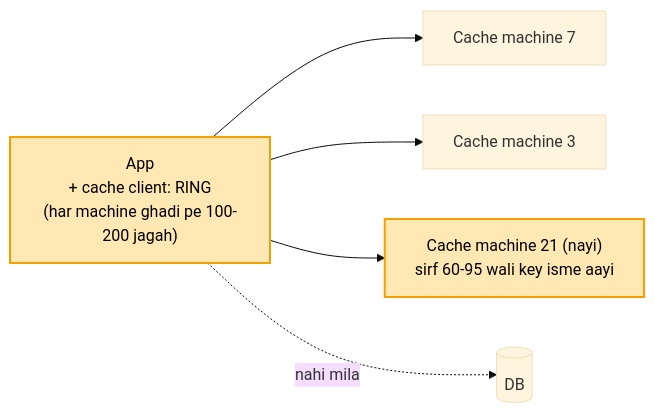
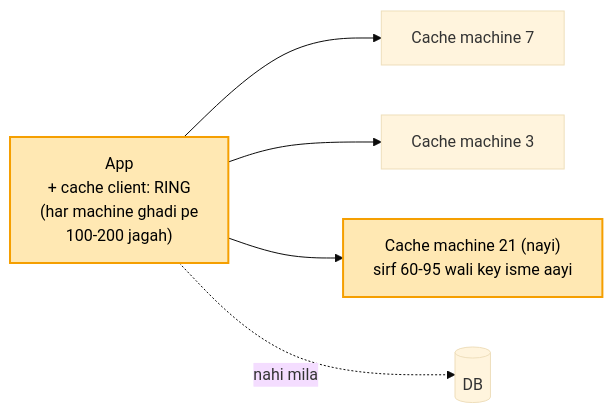
One commit to ArpanMaheshwari144/Prep changed the fourth of 8 diagrams in 04_HLD/SYSTEM_DESIGNS/10_distributed_cache/10_distributed_cache.md. Above: the diagram before and after it, drawn with Mermaid (base theme). The commit also changed other lines of this file and 2 other files, not shown here.

Commit message:
HLD diagram: saare 112 dark me dekhe; payment shard ek teer, cache 2 label toot theek, rate limiter home region TB

````diff
--- a/04_HLD/SYSTEM_DESIGNS/10_distributed_cache/10_distributed_cache.md
+++ b/04_HLD/SYSTEM_DESIGNS/10_distributed_cache/10_distributed_cache.md
@@ -181,9 +181,9 @@
 ```mermaid
 flowchart LR
-    A["App<br/>+ cache client: RING<br/>(har machine ghadi pe 100-200 jagah)"] --> M7["Cache machine 7"]
+    A["App<br/>+ cache client: RING<br/>(har machine ghadi pe<br/>100-200 jagah)"] --> M7["Cache machine 7"]
     A --> M3["Cache machine 3"]
     A --> M21["Cache machine 21 (nayi)<br/>sirf 60-95 wali key isme aayi"]
     A -.->|"nahi mila"| D[("DB")]
     style A fill:#ffe8b3,stroke:#f59f00,stroke-width:2px,color:#000
     style M21 fill:#ffe8b3,stroke:#f59f00,stroke-width:2px,color:#000
 ```
````
